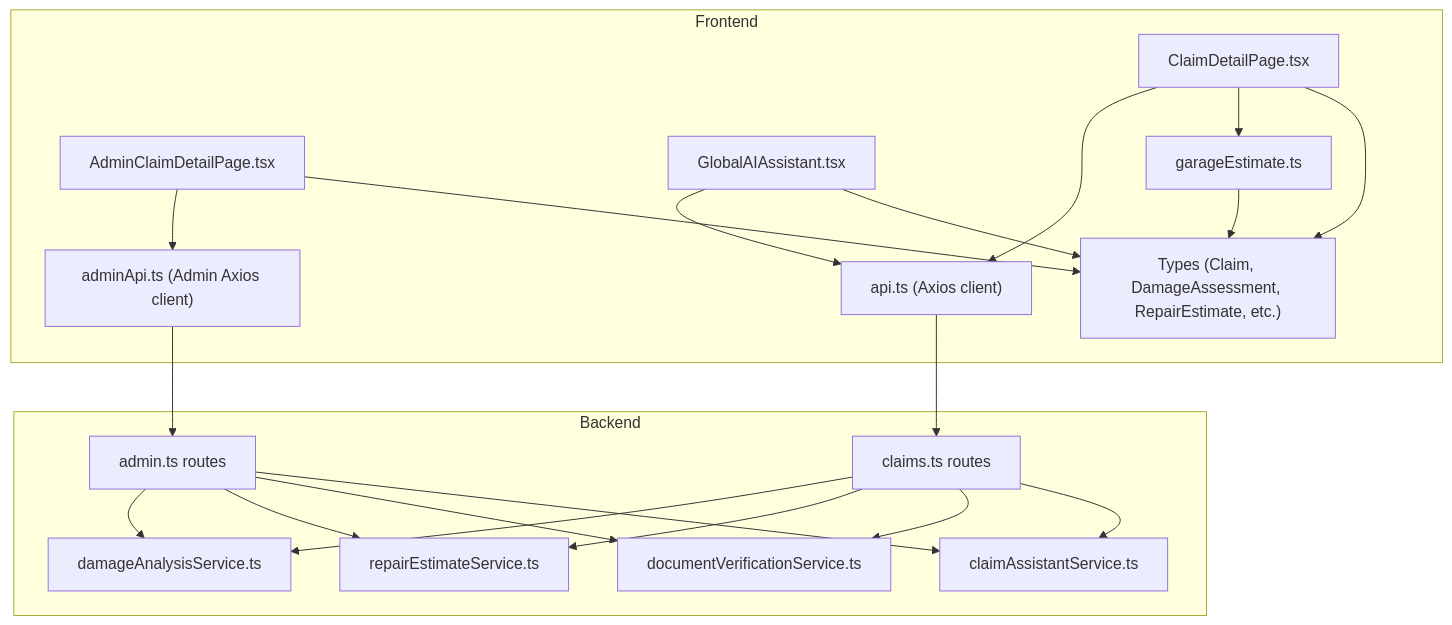
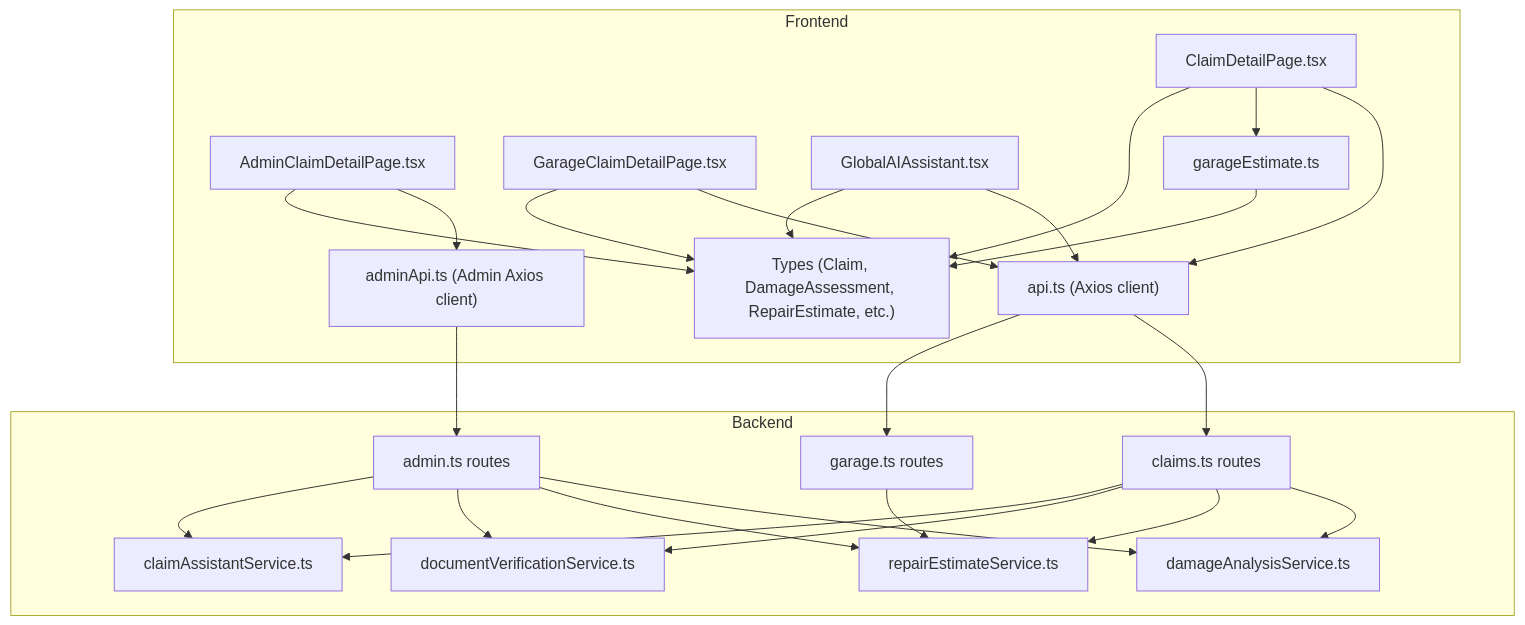
One commit to NaveenHiranya/Smart-Vehicle-Insurance-Claim-System changed the first of 3 diagrams in .qoder/repowiki/en/content/Frontend Documentation/Pages and Views/User Pages/Claim Detail Page.md. Above: the diagram before and after it, drawn with Mermaid. The commit also changed other lines of this file and 38 other files, not shown here.

````diff
--- a/.qoder/repowiki/en/content/Frontend Documentation/Pages and Views/User Pages/Claim Detail Page.md
+++ b/.qoder/repowiki/en/content/Frontend Documentation/Pages and Views/User Pages/Claim Detail Page.md
@@ -46,38 +49,44 @@
 ```mermaid
 graph TB
 subgraph "Frontend"
 CDP["ClaimDetailPage.tsx"]
 ACDP["AdminClaimDetailPage.tsx"]
+GCP["GarageClaimDetailPage.tsx"]
 GAA["GlobalAIAssistant.tsx"]
 GEU["garageEstimate.ts"]
 API["api.ts (Axios client)"]
 AAPI["adminApi.ts (Admin Axios client)"]
 TYPES["Types (Claim, DamageAssessment, RepairEstimate, etc.)"]
 end
 subgraph "Backend"
 ROUTES["claims.ts routes"]
 AROUTES["admin.ts routes"]
+GROUTES["garage.ts routes"]
 DAST["damageAnalysisService.ts"]
 RES["repairEstimateService.ts"]
 DVS["documentVerificationService.ts"]
 CAS["claimAssistantService.ts"]
 end
 CDP --> API
 ACDP --> AAPI
+GCP --> API
 GAA --> API
 CDP --> GEU
 API --> ROUTES
 AAPI --> AROUTES
+API --> GROUTES
 ROUTES --> DAST
 ROUTES --> RES
 ROUTES --> DVS
 ROUTES --> CAS
 AROUTES --> DAST
 AROUTES --> RES
 AROUTES --> DVS
 AROUTES --> CAS
+GROUTES --> RES
 CDP --> TYPES
 ACDP --> TYPES
+GCP --> TYPES
 GAA --> TYPES
 GEU --> TYPES
 ```
````
